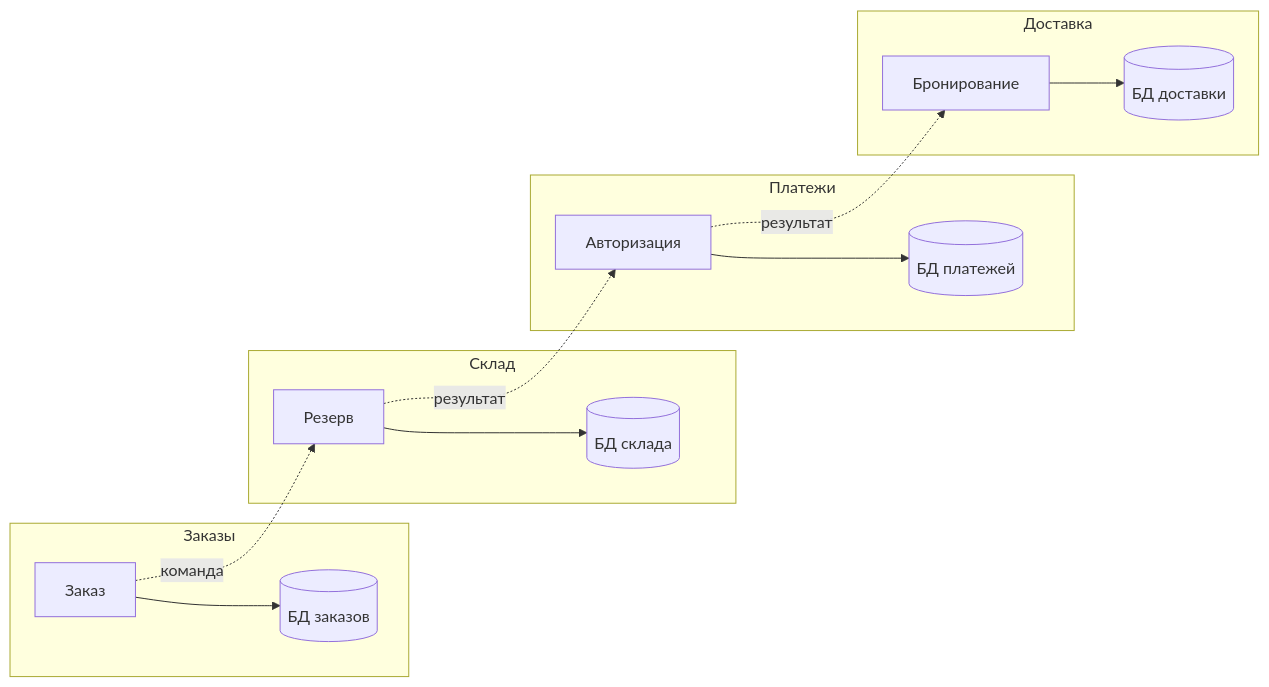
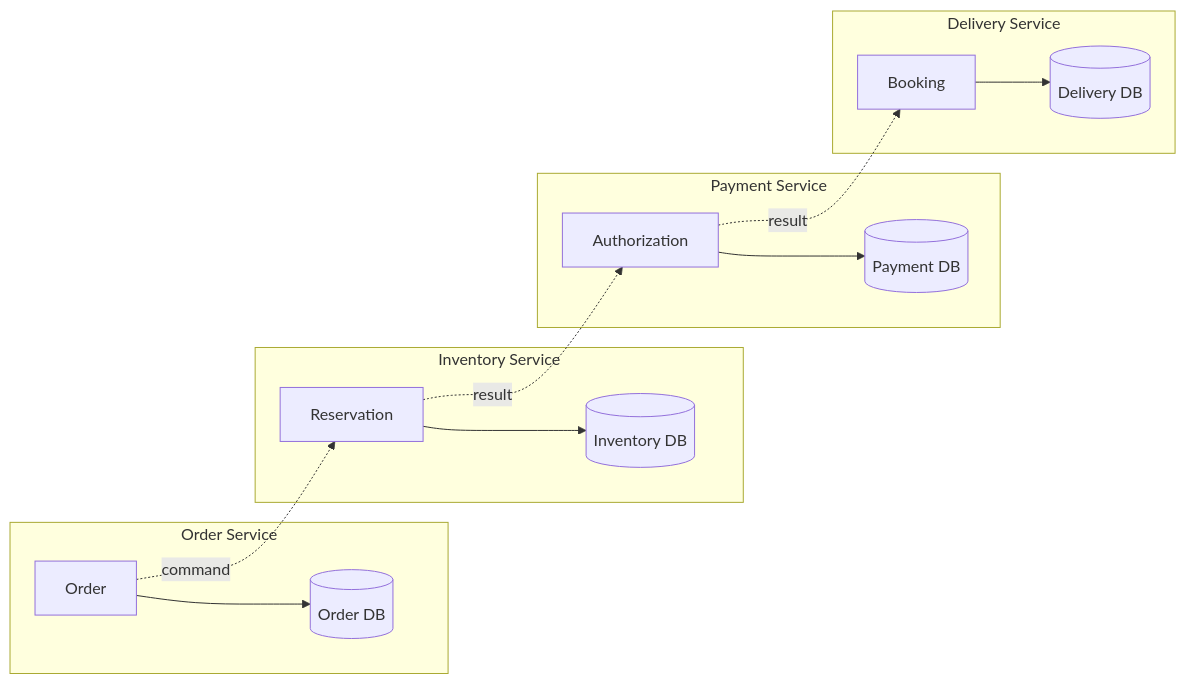
The first of 4 diagrams in lectures/01-saga-intro/sections/02-motivation.md (UsingCoding/rp-slides), drawn with Mermaid before and after one commit. The commit also changed other lines of this file and 16 other files, not shown here.

````diff
--- a/lectures/01-saga-intro/sections/02-motivation.md
+++ b/lectures/01-saga-intro/sections/02-motivation.md
@@ -23,18 +16,18 @@
 ```mermaid
 flowchart LR
-    subgraph O[Заказы]
-        OS[Заказ] --> OD[(БД заказов)]
+    subgraph O[Order Service]
+        OS[Order] --> OD[(Order DB)]
     end
-    subgraph I[Склад]
-        IS[Резерв] --> ID[(БД склада)]
+    subgraph I[Inventory Service]
+        IS[Reservation] --> ID[(Inventory DB)]
     end
-    subgraph P[Платежи]
-        PS[Авторизация] --> PD[(БД платежей)]
+    subgraph P[Payment Service]
+        PS[Authorization] --> PD[(Payment DB)]
     end
-    subgraph D[Доставка]
-        DS[Бронирование] --> DD[(БД доставки)]
+    subgraph D[Delivery Service]
+        DS[Booking] --> DD[(Delivery DB)]
     end
-    OS -. команда .-> IS
-    IS -. результат .-> PS
-    PS -. результат .-> DS
+    OS -. command .-> IS
+    IS -. result .-> PS
+    PS -. result .-> DS
 ```
````
